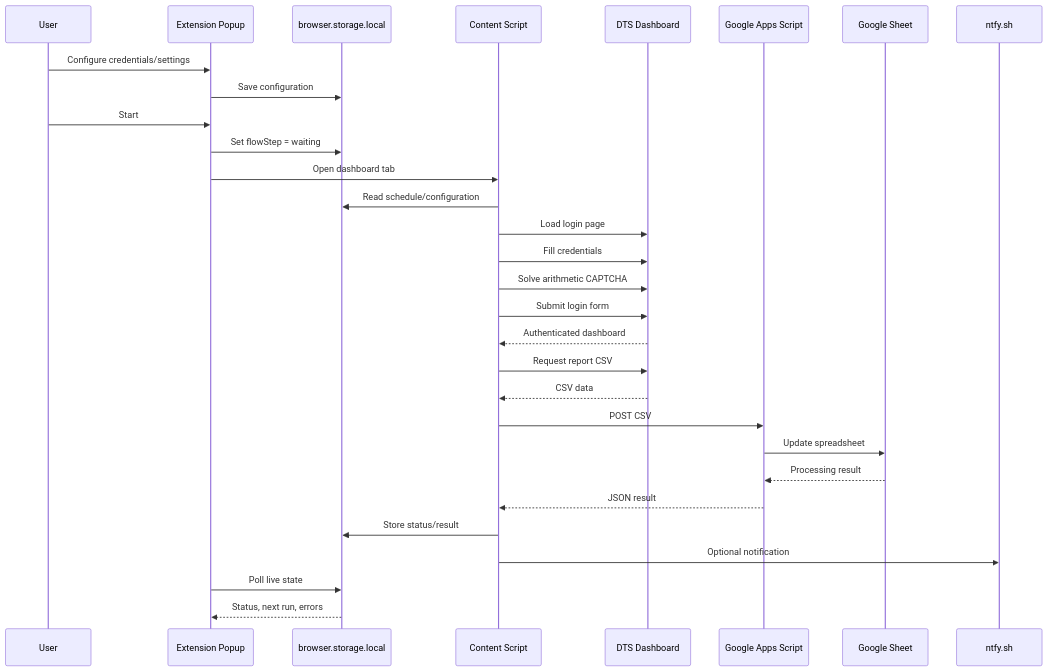
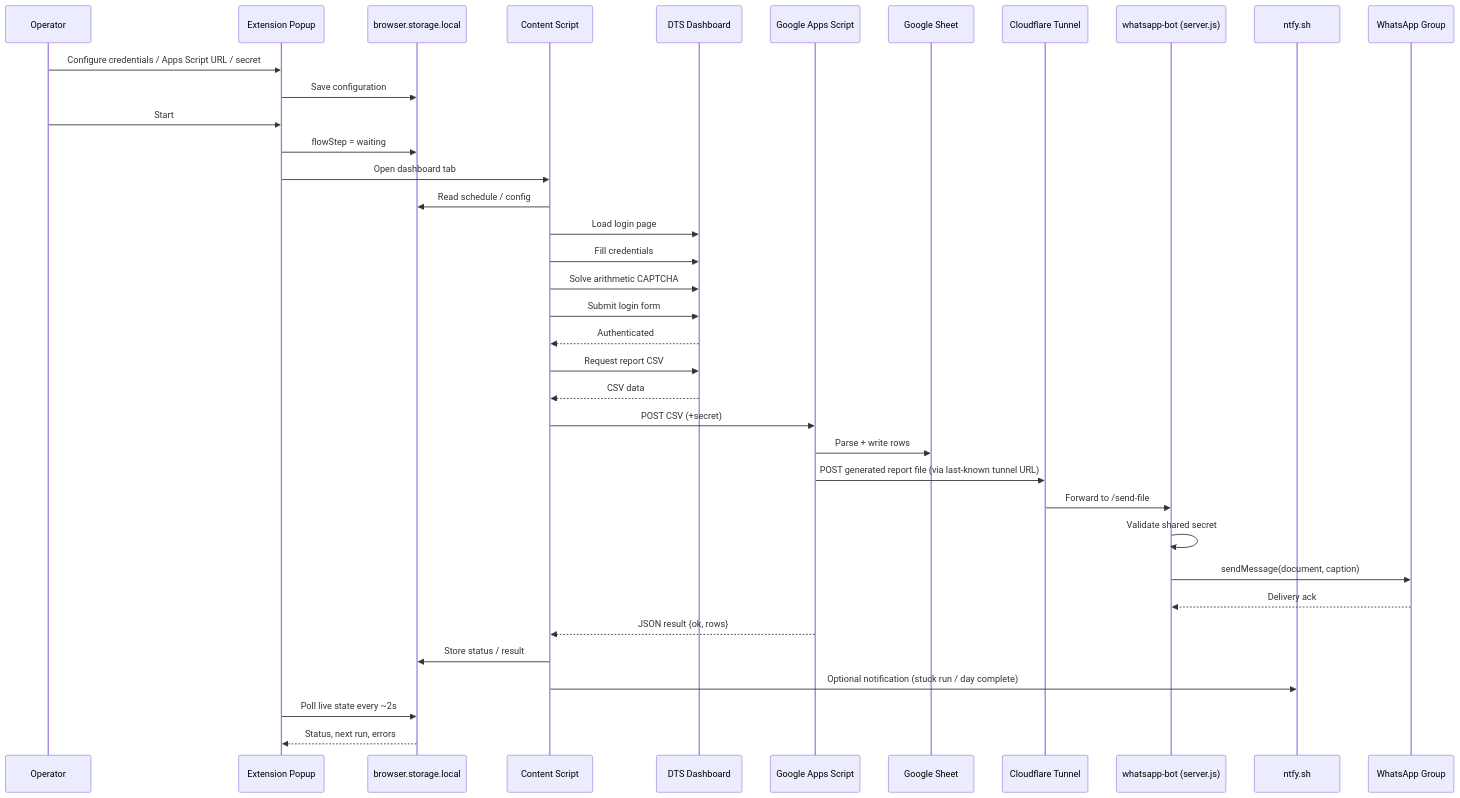
The second of 4 diagrams in README.md (sheerazautomate/dtsextension), drawn with Mermaid before and after one commit. The commit also changed other lines of this file, not shown here.

````diff
--- a/README.md
+++ b/README.md
@@ -96,33 +122,40 @@
 ```mermaid
 sequenceDiagram
-    participant U as User
+    participant U as Operator
     participant P as Extension Popup
     participant S as browser.storage.local
     participant C as Content Script
     participant D as DTS Dashboard
     participant G as Google Apps Script
     participant H as Google Sheet
+    participant T as Cloudflare Tunnel
+    participant W as whatsapp-bot (server.js)
     participant N as ntfy.sh
+    participant WA as WhatsApp Group
 
-    U->>P: Configure credentials/settings
+    U->>P: Configure credentials / Apps Script URL / secret
     P->>S: Save configuration
     U->>P: Start
-    P->>S: Set flowStep = waiting
+    P->>S: flowStep = waiting
     P->>C: Open dashboard tab
-    C->>S: Read schedule/configuration
+    C->>S: Read schedule / config
     C->>D: Load login page
     C->>D: Fill credentials
     C->>D: Solve arithmetic CAPTCHA
     C->>D: Submit login form
-    D-->>C: Authenticated dashboard
+    D-->>C: Authenticated
     C->>D: Request report CSV
     D-->>C: CSV data
-    C->>G: POST CSV
-    G->>H: Update spreadsheet
-    H-->>G: Processing result
-    G-->>C: JSON result
-    C->>S: Store status/result
-    C->>N: Optional notification
-    P->>S: Poll live state
+    C->>G: POST CSV (+secret)
+    G->>H: Parse + write rows
+    G->>T: POST generated report file (via last-known tunnel URL)
+    T->>W: Forward to /send-file
+    W->>W: Validate shared secret
+    W->>WA: sendMessage(document, caption)
+    WA-->>W: Delivery ack
+    G-->>C: JSON result {ok, rows}
+    C->>S: Store status / result
+    C->>N: Optional notification (stuck run / day complete)
+    P->>S: Poll live state every ~2s
     S-->>P: Status, next run, errors
 ```
````
